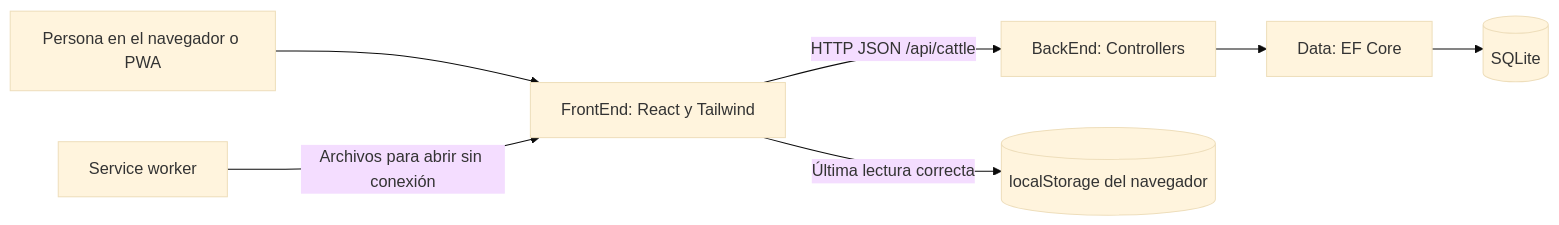
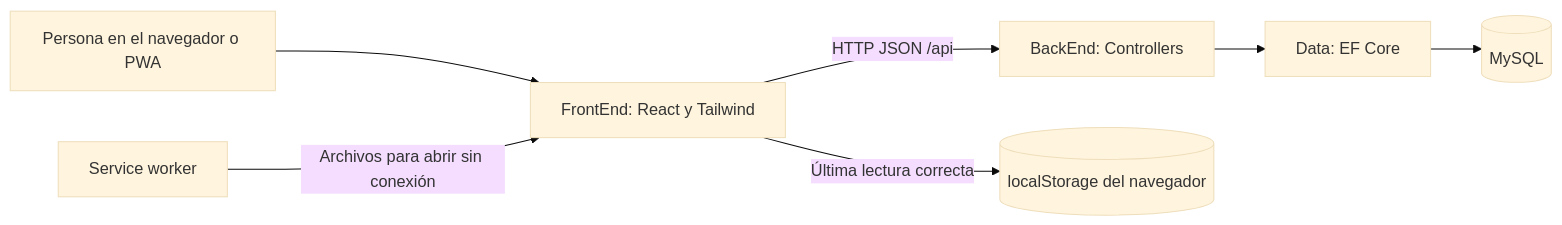
The diagram in docs/02-arquitectura.md (CJ-REYES/FarmBovi), drawn with Mermaid (base theme) before and after one commit. The commit also changed other lines of this file and 36 other files, not shown here.

````diff
--- a/docs/02-arquitectura.md
+++ b/docs/02-arquitectura.md
@@ -5,9 +5,9 @@
 ```mermaid
 flowchart LR
     Persona[Persona en el navegador o PWA] --> React[FrontEnd: React y Tailwind]
-    React -->|HTTP JSON /api/cattle| API[BackEnd: Controllers]
+    React -->|HTTP JSON /api| API[BackEnd: Controllers]
     API --> EF[Data: EF Core]
-    EF --> SQLite[(SQLite)]
+    EF --> MySQL[(MySQL)]
     React -->|Última lectura correcta| Local[(localStorage del navegador)]
     Worker[Service worker] -->|Archivos para abrir sin conexión| React
 ```
````
